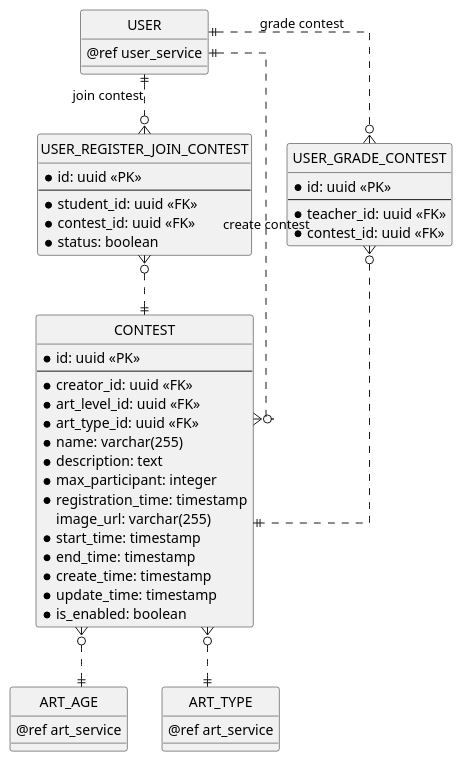
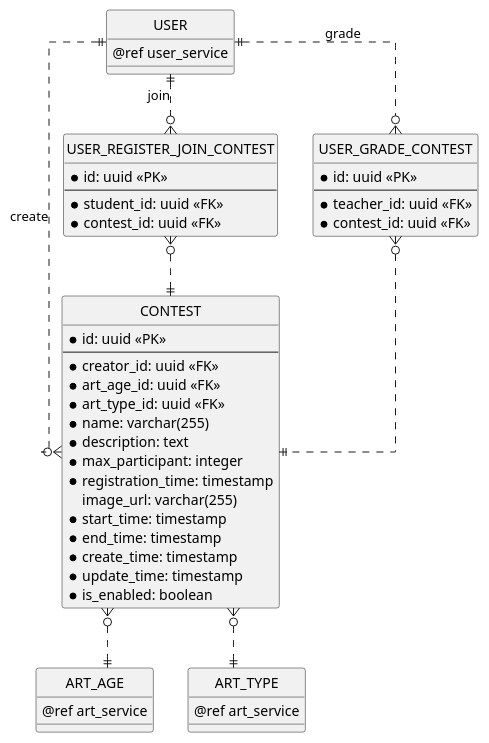
The fourth of 13 diagrams in erd.md (chungnguyenbkcse/ERD-USECASE-KIDSDRAWING), drawn with PlantUML before and after one commit. The commit also changed other lines of this file, not shown here.

Commit message:
edit contest

````diff
--- a/erd.md
+++ b/erd.md
@@ -160,64 +160,63 @@
 ```plantuml
 @startuml contest_service
 ' hide the spot
 hide circle
 
 ' avoid problems with angled crows feet
 skinparam linetype ortho
 
 entity "USER" as user {
     @ref user_service
 }
 
 entity "ART_AGE" as art_age {
     @ref art_service
 }
 
 entity "ART_TYPE" as art_type {
     @ref art_service
 }
 
 entity "CONTEST" as contest {
     * id: uuid <<PK>>
     --
     * creator_id: uuid <<FK>>
-    * art_level_id: uuid <<FK>>
+    * art_age_id: uuid <<FK>>
     * art_type_id: uuid <<FK>>
     * name: varchar(255)
     * description: text
     * max_participant: integer
     * registration_time: timestamp
     image_url: varchar(255)
     * start_time: timestamp
     * end_time: timestamp
     * create_time: timestamp
     * update_time: timestamp
     * is_enabled: boolean
 }
 
 entity "USER_REGISTER_JOIN_CONTEST" as user_register_join_contest {
     * id: uuid <<PK>>
     --
     * student_id: uuid <<FK>>
     * contest_id: uuid <<FK>>
-    * status: boolean
 }
 
 entity "USER_GRADE_CONTEST" as user_grade_contest {
     * id: uuid <<PK>>
     --
     * teacher_id: uuid <<FK>>
     * contest_id: uuid <<FK>>
 }
 
 ' Contest Relationship
 
-user ||..o{ contest: create contest
-user ||..o{ user_register_join_contest: join contest
+user ||..o{ contest: create
+user ||..o{ user_register_join_contest: join
 user_register_join_contest }o..|| contest
 contest }o..|| art_age
 contest }o..|| art_type
-user ||..o{ user_grade_contest: grade contest
+user ||..o{ user_grade_contest: grade
 user_grade_contest }o..|| contest
 @enduml
 ```
````
